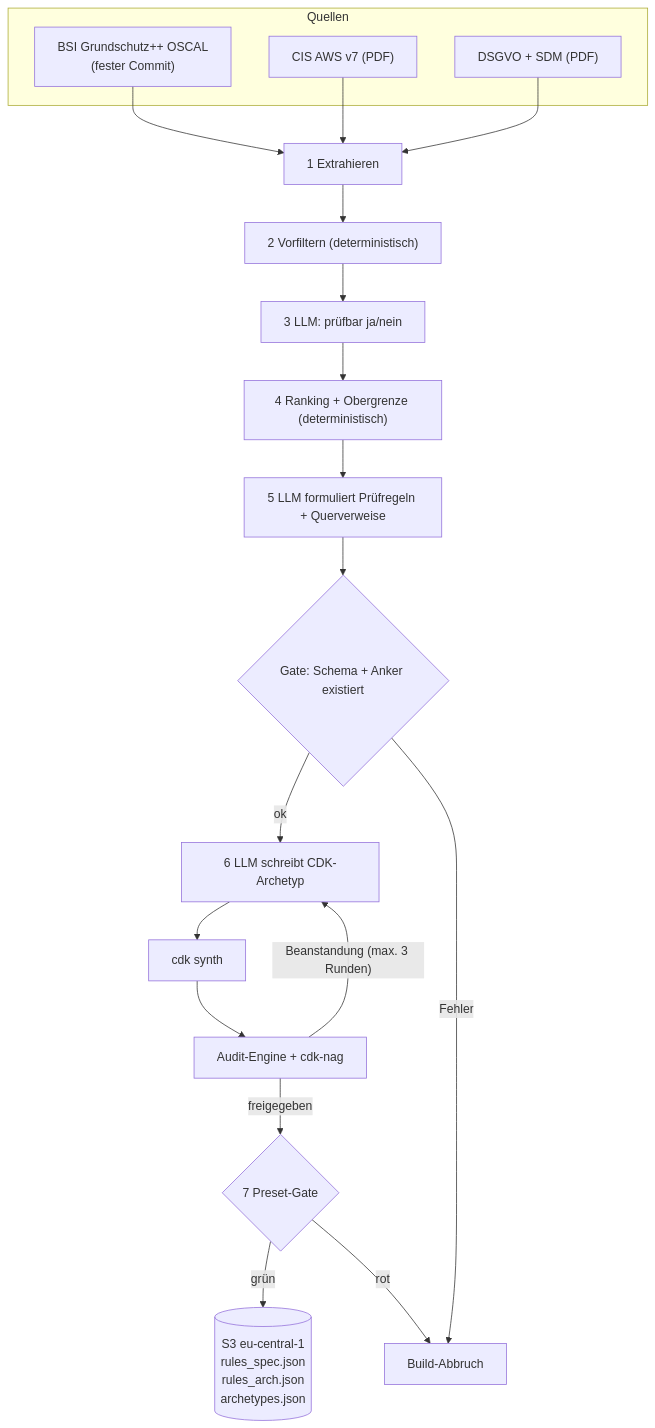
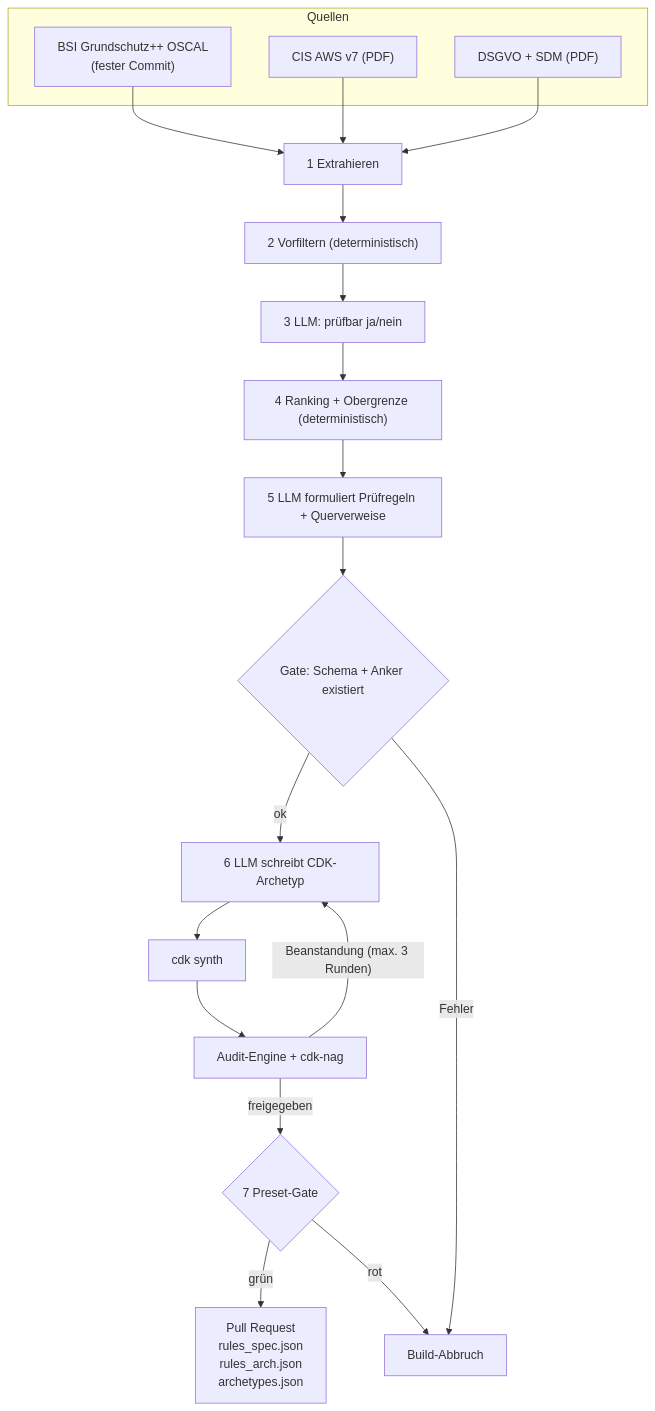
One commit to Daniel74/GovGuard changed the first of 3 diagrams in docs/ARCHITECTURE.md. Above: the diagram before and after it, drawn with Mermaid. The commit also changed other lines of this file and 1 other file, not shown here.

````diff
--- a/docs/ARCHITECTURE.md
+++ b/docs/ARCHITECTURE.md
@@ -21,22 +21,22 @@
 ```mermaid
 flowchart TD
   subgraph Q[Quellen]
     BSI["BSI Grundschutz++ OSCAL<br/>(fester Commit)"]
     CIS["CIS AWS v7 (PDF)"]
     DS["DSGVO + SDM (PDF)"]
   end
   BSI & CIS & DS --> E["1 Extrahieren"]
   E --> F["2 Vorfiltern (deterministisch)"]
   F --> K["3 LLM: prüfbar ja/nein"]
   K --> R["4 Ranking + Obergrenze (deterministisch)"]
   R --> P["5 LLM formuliert Prüfregeln + Querverweise"]
   P --> G1{"Gate: Schema + Anker existiert"}
   G1 -->|ok| A["6 LLM schreibt CDK-Archetyp"]
   A --> S["cdk synth"]
   S --> AE["Audit-Engine + cdk-nag"]
   AE -->|"Beanstandung (max. 3 Runden)"| A
   AE -->|freigegeben| PR{"7 Preset-Gate"}
-  PR -->|grün| S3[("S3 eu-central-1<br/>rules_spec.json<br/>rules_arch.json<br/>archetypes.json")]
+  PR -->|grün| KB["Pull Request<br/>rules_spec.json<br/>rules_arch.json<br/>archetypes.json"]
   G1 -->|Fehler| X["Build-Abbruch"]
   PR -->|rot| X
 ```
````
